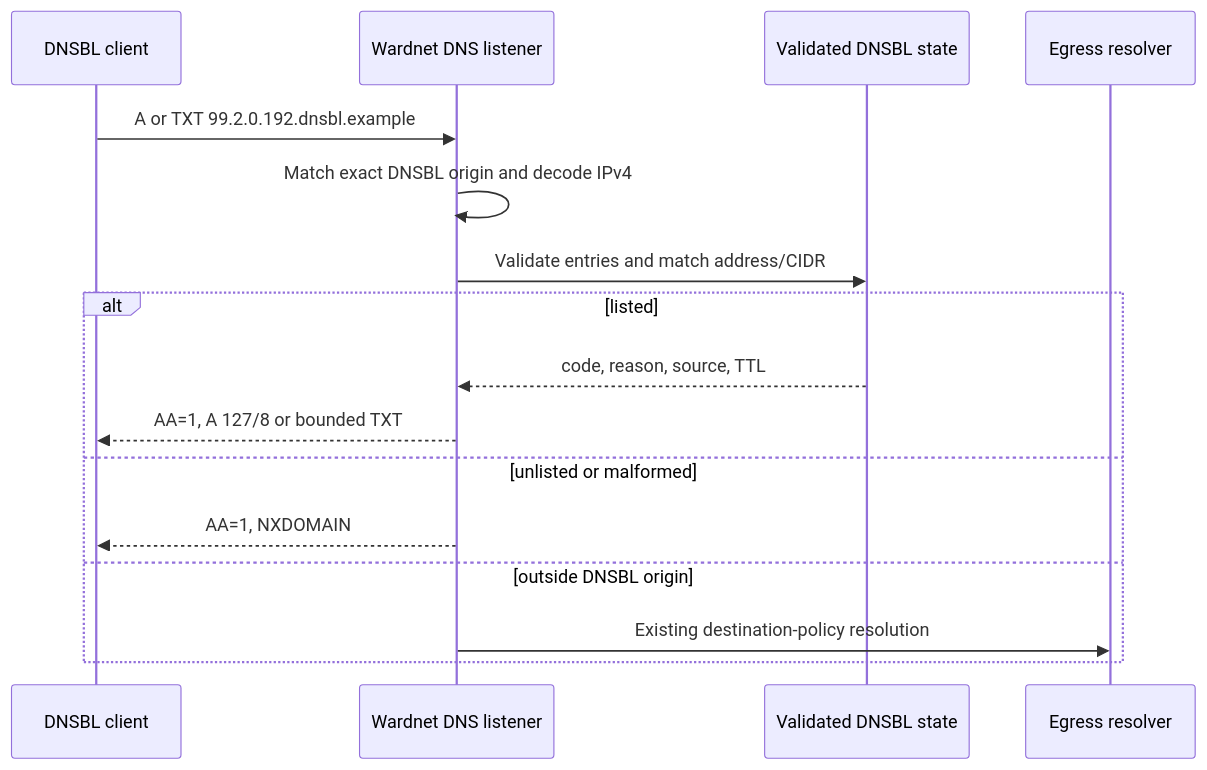
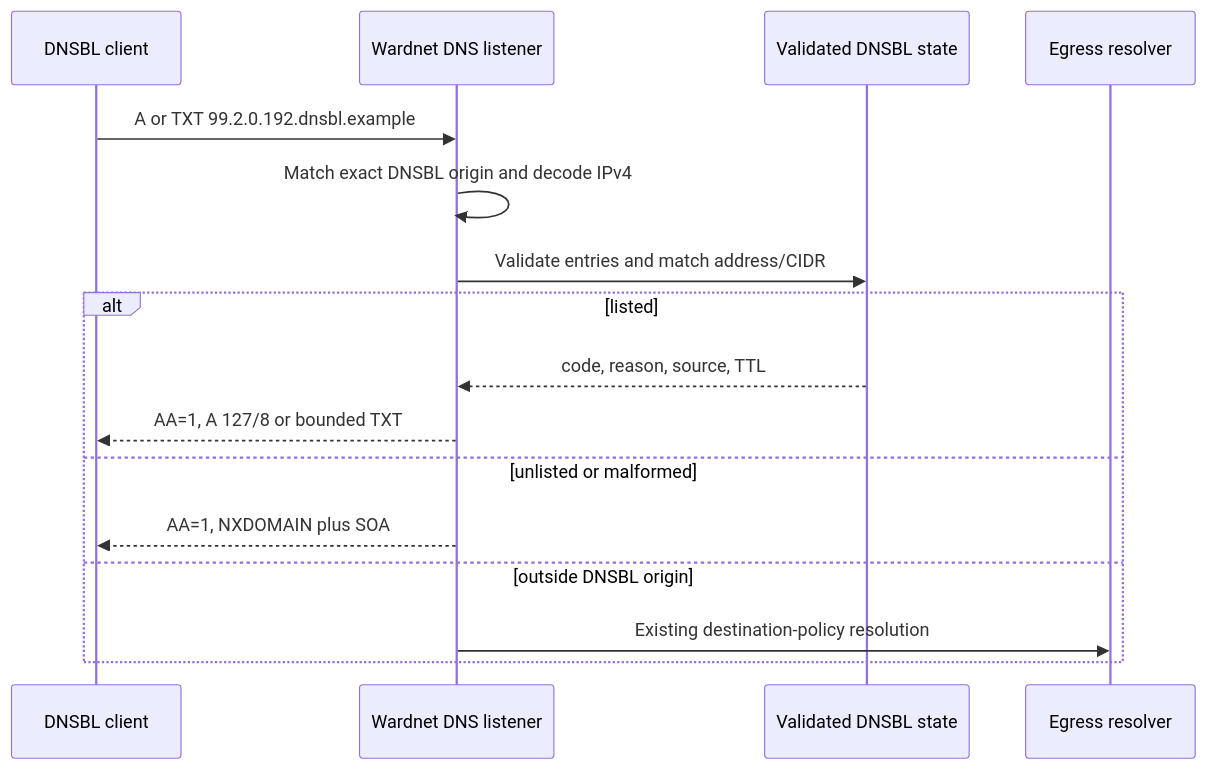
One commit to ContextualWisdomLab/wardnet changed the diagram in docs/doctoring/dnsbl-authoritative-serving.md. Above: the diagram before and after it, drawn with Mermaid. The commit also changed other lines of this file and 2 other files, not shown here.

Commit message:
fix(dnsbl): publish SOA for negative answers

````diff
--- a/docs/doctoring/dnsbl-authoritative-serving.md
+++ b/docs/doctoring/dnsbl-authoritative-serving.md
@@ -18,18 +20,18 @@
 ```mermaid
 sequenceDiagram
     participant C as DNSBL client
     participant D as Wardnet DNS listener
     participant S as Validated DNSBL state
     participant R as Egress resolver
     C->>D: A or TXT 99.2.0.192.dnsbl.example
     D->>D: Match exact DNSBL origin and decode IPv4
     D->>S: Validate entries and match address/CIDR
     alt listed
         S-->>D: code, reason, source, TTL
         D-->>C: AA=1, A 127/8 or bounded TXT
     else unlisted or malformed
-        D-->>C: AA=1, NXDOMAIN
+        D-->>C: AA=1, NXDOMAIN plus SOA
     else outside DNSBL origin
         D->>R: Existing destination-policy resolution
     end
 ```
````
